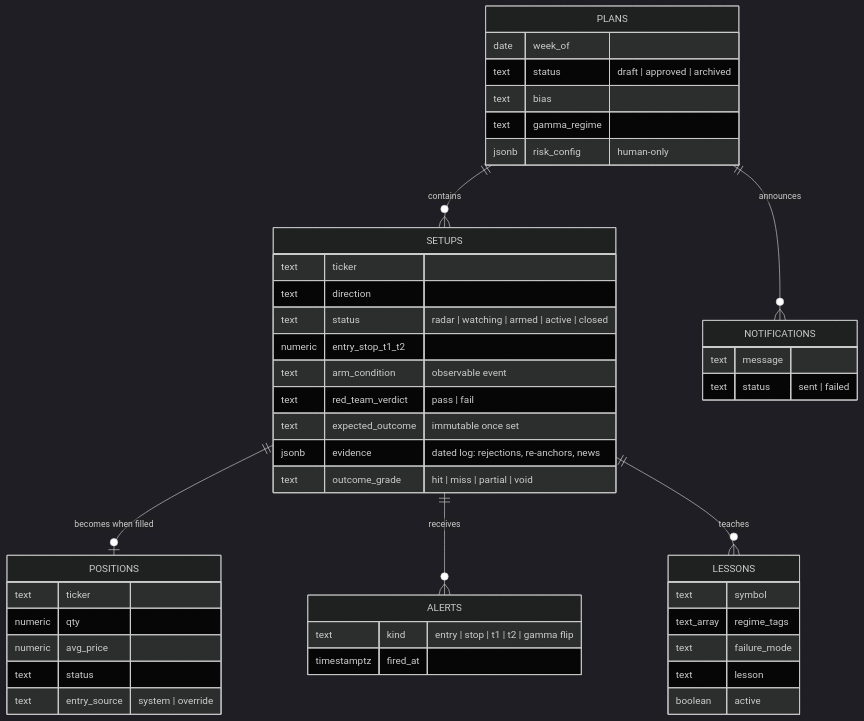
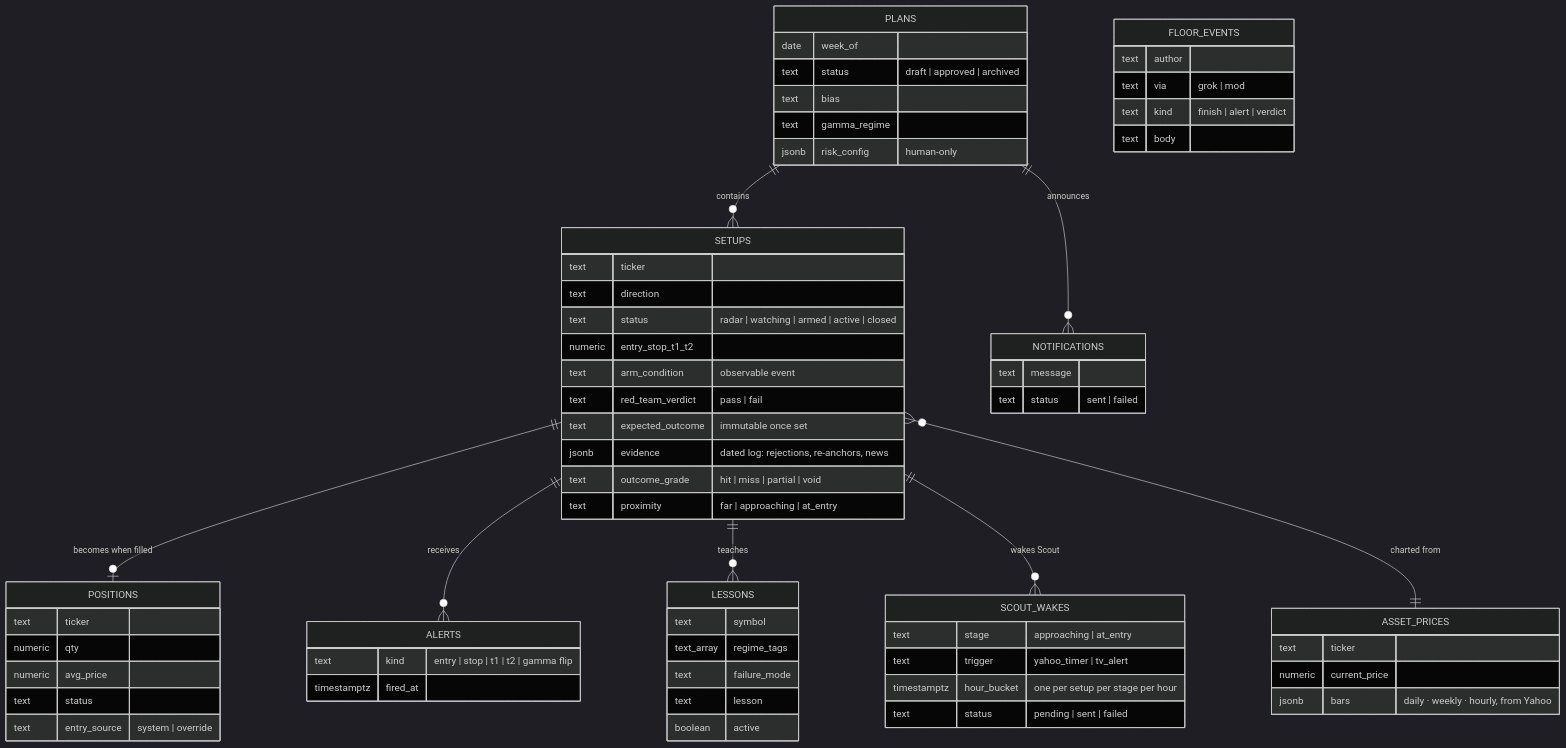
The seventh of 8 diagrams in docs/ARCHITECTURE.md (imranchatur-cpu/TradeOps-Public), drawn with Mermaid (dark theme) before and after one commit. The commit also changed other lines of this file and 9 other files, not shown here.

First line of the commit message:
Sync public pack with private: Scout instant wake, Yahoo Finance, Floor mirror

````diff
--- a/docs/ARCHITECTURE.md
+++ b/docs/ARCHITECTURE.md
@@ -189,49 +248,69 @@
 ```mermaid
 erDiagram
     PLANS ||--o{ SETUPS : contains
     SETUPS ||--o| POSITIONS : "becomes when filled"
     SETUPS ||--o{ ALERTS : "receives"
     SETUPS ||--o{ LESSONS : "teaches"
     PLANS ||--o{ NOTIFICATIONS : "announces"
+    SETUPS ||--o{ SCOUT_WAKES : "wakes Scout"
+    SETUPS }o--|| ASSET_PRICES : "charted from"
 
     PLANS {
         date week_of
         text status "draft | approved | archived"
         text bias
         text gamma_regime
         jsonb risk_config "human-only"
     }
     SETUPS {
         text ticker
         text direction
         text status "radar | watching | armed | active | closed"
         numeric entry_stop_t1_t2
         text arm_condition "observable event"
         text red_team_verdict "pass | fail"
         text expected_outcome "immutable once set"
         jsonb evidence "dated log: rejections, re-anchors, news"
         text outcome_grade "hit | miss | partial | void"
+        text proximity "far | approaching | at_entry"
+    }
+    SCOUT_WAKES {
+        text stage "approaching | at_entry"
+        text trigger "yahoo_timer | tv_alert"
+        timestamptz hour_bucket "one per setup per stage per hour"
+        text status "pending | sent | failed"
+    }
+    ASSET_PRICES {
+        text ticker
+        numeric current_price
+        jsonb bars "daily · weekly · hourly, from Yahoo"
+    }
+    FLOOR_EVENTS {
+        text author
+        text via "grok | mod"
+        text kind "finish | alert | verdict"
+        text body
     }
     POSITIONS {
         text ticker
         numeric qty
         numeric avg_price
         text status
         text entry_source "system | override"
     }
     LESSONS {
         text symbol
         text_array regime_tags
         text failure_mode
         text lesson
         boolean active
     }
     ALERTS {
         text kind "entry | stop | t1 | t2 | gamma flip"
         timestamptz fired_at
     }
     NOTIFICATIONS {
         text message
         text status "sent | failed"
     }
 ```
````
